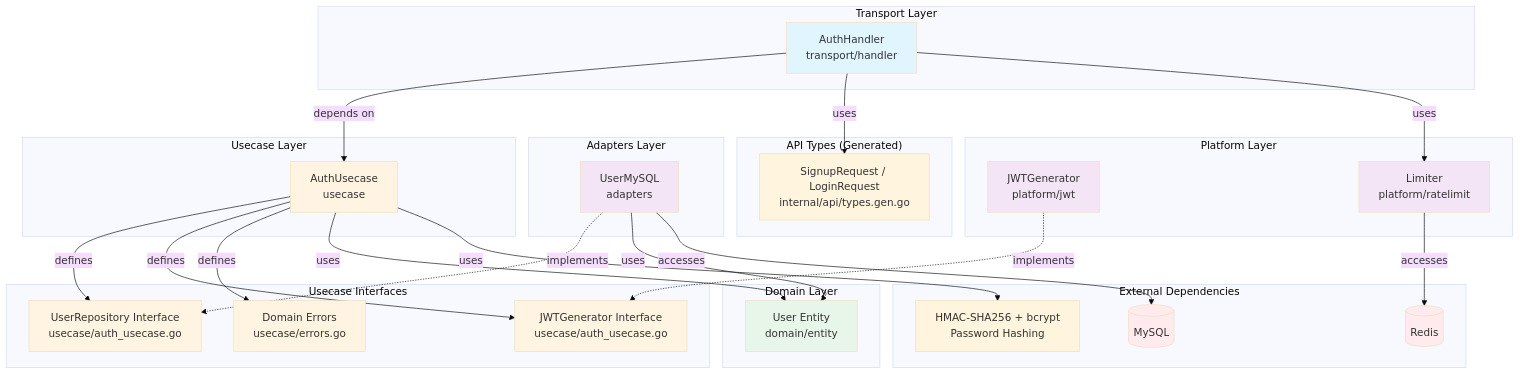
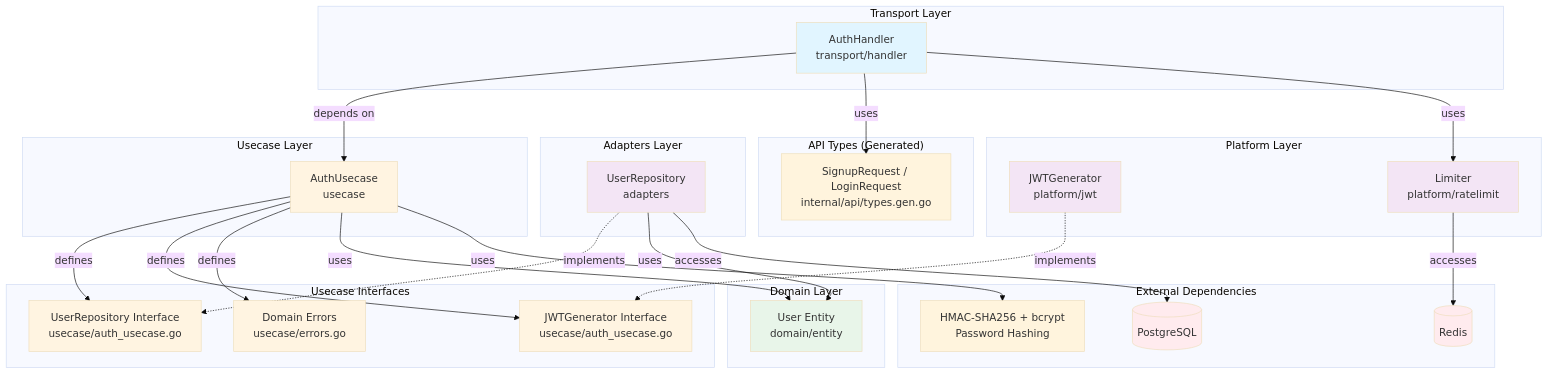
The third of 3 diagrams in internal/feature/auth/README.md (UCHIDAnobuhiro/stock_backend), drawn with Mermaid (base theme) before and after one commit. The commit also changed other lines of this file and 19 other files, not shown here.

````diff
--- a/internal/feature/auth/README.md
+++ b/internal/feature/auth/README.md
@@ -247,65 +247,65 @@
 ```mermaid
 graph TB
     subgraph "Transport Layer"
         Handler[AuthHandler<br/>transport/handler]
     end
 
     subgraph "API Types (Generated)"
         APITypes[SignupRequest / LoginRequest<br/>internal/api/types.gen.go]
     end
 
     subgraph "Usecase Layer"
         Usecase[AuthUsecase<br/>usecase]
     end
 
     subgraph "Domain Layer"
         Entity[User Entity<br/>domain/entity]
     end
 
     subgraph "Usecase Interfaces"
         RepoInterface[UserRepository Interface<br/>usecase/auth_usecase.go]
         JWTInterface[JWTGenerator Interface<br/>usecase/auth_usecase.go]
         Errors[Domain Errors<br/>usecase/errors.go]
     end
 
     subgraph "Adapters Layer"
-        RepoImpl[UserMySQL<br/>adapters]
+        RepoImpl[UserRepository<br/>adapters]
     end
 
     subgraph "Platform Layer"
         JWTImpl[JWTGenerator<br/>platform/jwt]
         RateLimiter[Limiter<br/>platform/ratelimit]
     end
 
     subgraph "External Dependencies"
-        DB[(MySQL)]
+        DB[(PostgreSQL)]
         BCrypt[HMAC-SHA256 + bcrypt<br/>Password Hashing]
         Redis[(Redis)]
     end
 
     Handler -->|depends on| Usecase
     Handler -->|uses| APITypes
     Handler -->|uses| RateLimiter
     Usecase -->|defines| RepoInterface
     Usecase -->|defines| JWTInterface
     Usecase -->|defines| Errors
     Usecase -->|uses| Entity
     Usecase -->|uses| BCrypt
     RepoImpl -.->|implements| RepoInterface
     RepoImpl -->|uses| Entity
     RepoImpl -->|accesses| DB
     JWTImpl -.->|implements| JWTInterface
     RateLimiter -->|accesses| Redis
 
     style Handler fill:#e1f5ff
     style Usecase fill:#fff4e1
     style Entity fill:#e8f5e9
     style RepoInterface fill:#fff4e1
     style JWTInterface fill:#fff4e1
     style Errors fill:#fff4e1
     style RepoImpl fill:#f3e5f5
     style JWTImpl fill:#f3e5f5
     style RateLimiter fill:#f3e5f5
     style DB fill:#ffebee
     style Redis fill:#ffebee
 ```
````
